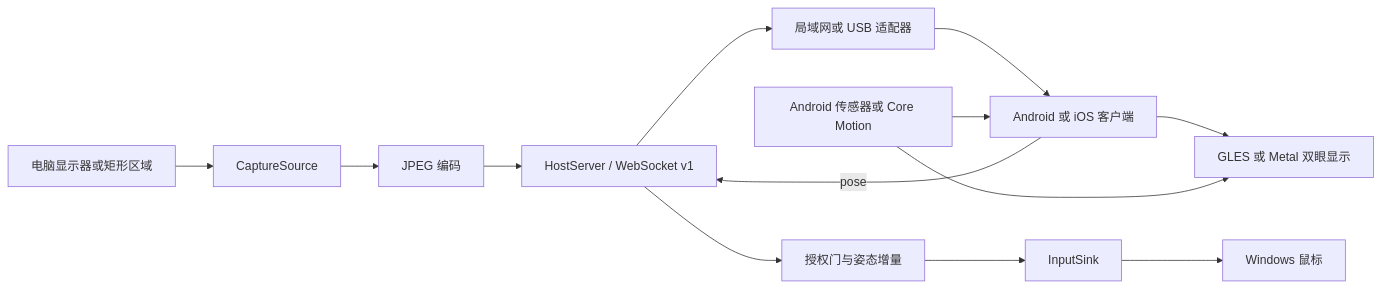
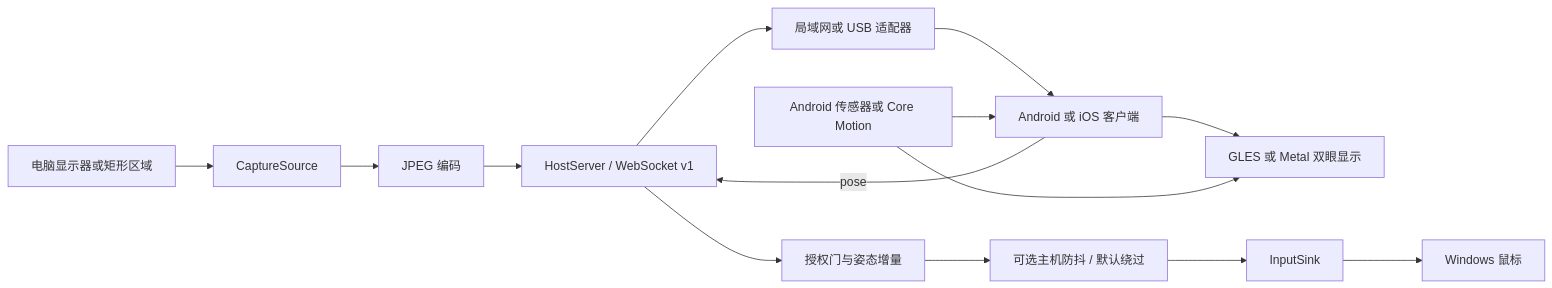
Before and after one commit to LexZeon/VRization: the second of 2 diagrams in docs/ARCHITECTURE.md, drawn with Mermaid. The commit also changed other lines of this file and 87 other files, not shown here.

````diff
--- a/docs/ARCHITECTURE.md
+++ b/docs/ARCHITECTURE.md
@@ -157,15 +169,16 @@
 ```mermaid
 flowchart LR
     A[电脑显示器或矩形区域] --> B[CaptureSource]
     B --> C[JPEG 编码]
     C --> D[HostServer / WebSocket v1]
     D --> T[局域网或 USB 适配器]
     T --> E[Android 或 iOS 客户端]
     E --> F[GLES 或 Metal 双眼显示]
     G[Android 传感器或 Core Motion] --> F
     G --> E
     E -->|pose| D
     D --> H[授权门与姿态增量]
-    H --> I[InputSink]
+    H --> S[可选主机防抖 / 默认绕过]
+    S --> I[InputSink]
     I --> J[Windows 鼠标]
 ```
````
